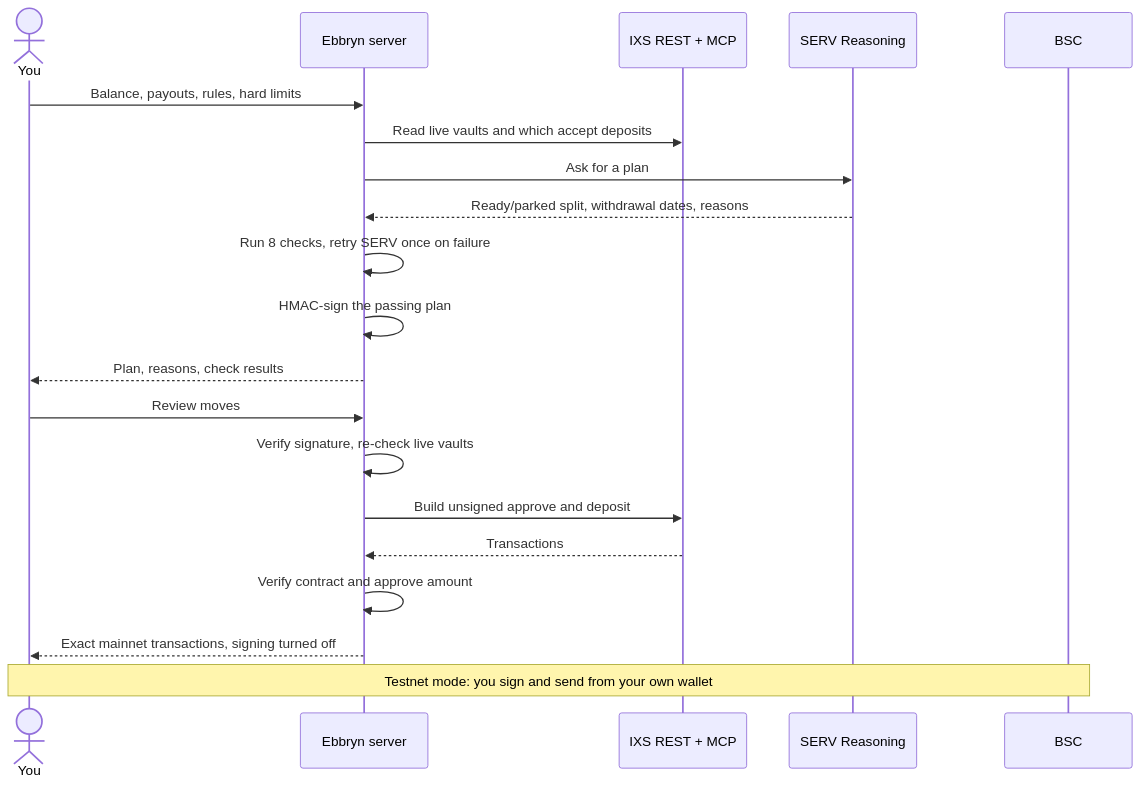
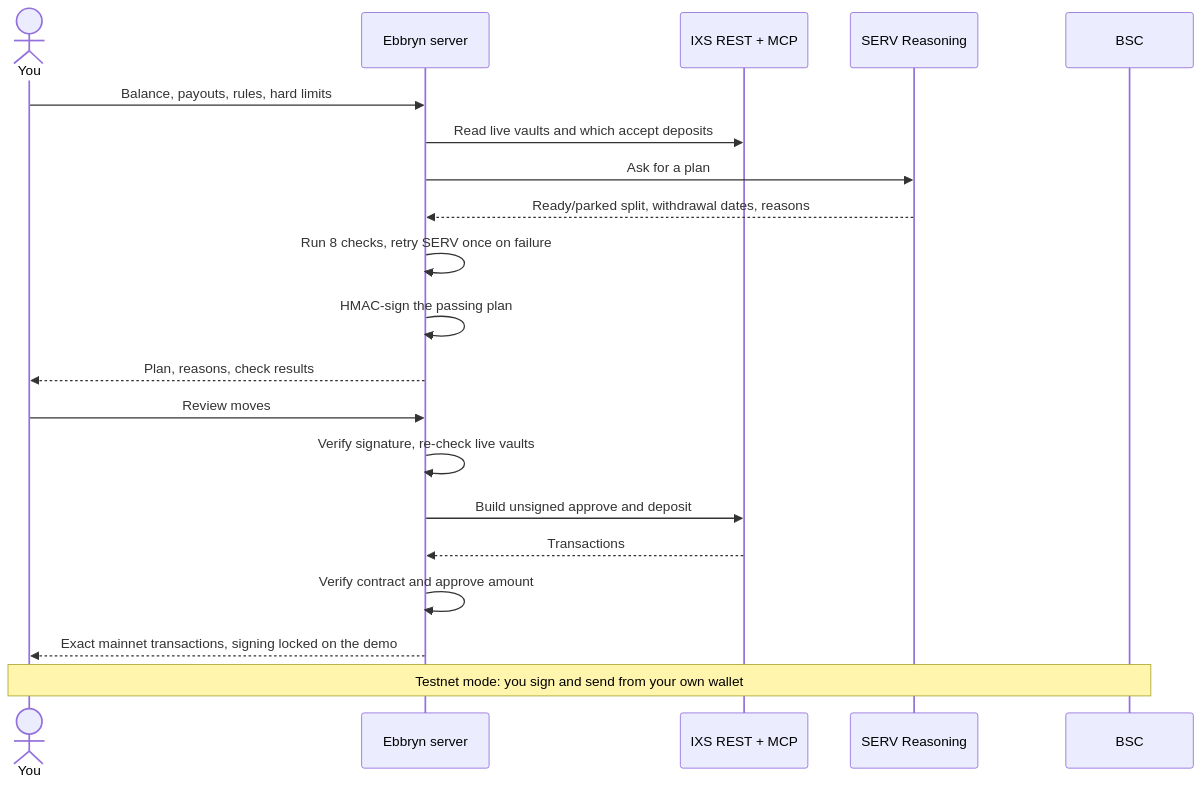
Before and after one commit to mystiquemide/ebbryn: the diagram in README.md, drawn with Mermaid. The commit also changed other lines of this file and 7 other files, not shown here.

Commit message:
Describe the mainnet signing lock as a public-demo safety measure

````diff
--- a/README.md
+++ b/README.md
@@ -48,23 +48,23 @@
 ```mermaid
 sequenceDiagram
     actor You
     participant App as Ebbryn server
     participant IXS as IXS REST + MCP
     participant SERV as SERV Reasoning
     participant Chain as BSC
 
     You->>App: Balance, payouts, rules, hard limits
     App->>IXS: Read live vaults and which accept deposits
     App->>SERV: Ask for a plan
     SERV-->>App: Ready/parked split, withdrawal dates, reasons
     App->>App: Run 8 checks, retry SERV once on failure
     App->>App: HMAC-sign the passing plan
     App-->>You: Plan, reasons, check results
     You->>App: Review moves
     App->>App: Verify signature, re-check live vaults
     App->>IXS: Build unsigned approve and deposit
     IXS-->>App: Transactions
     App->>App: Verify contract and approve amount
-    App-->>You: Exact mainnet transactions, signing turned off
+    App-->>You: Exact mainnet transactions, signing locked on the demo
     Note over You,Chain: Testnet mode: you sign and send from your own wallet
 ```
````
